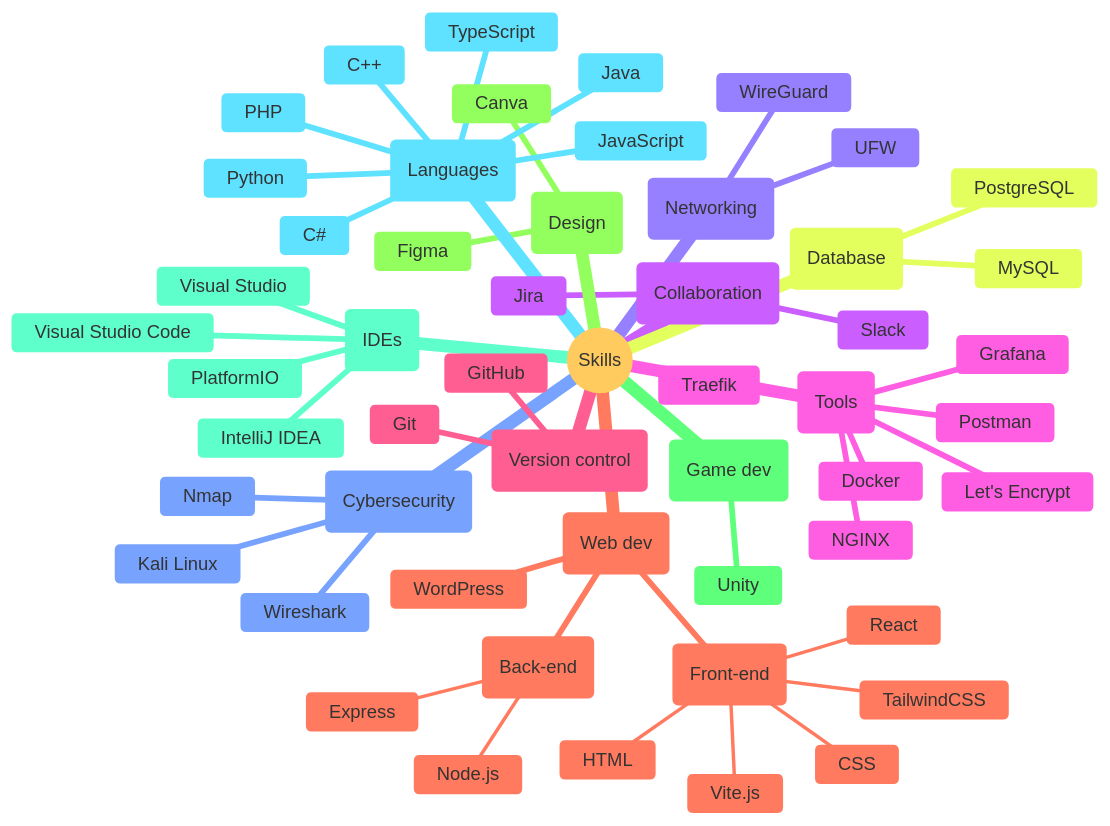
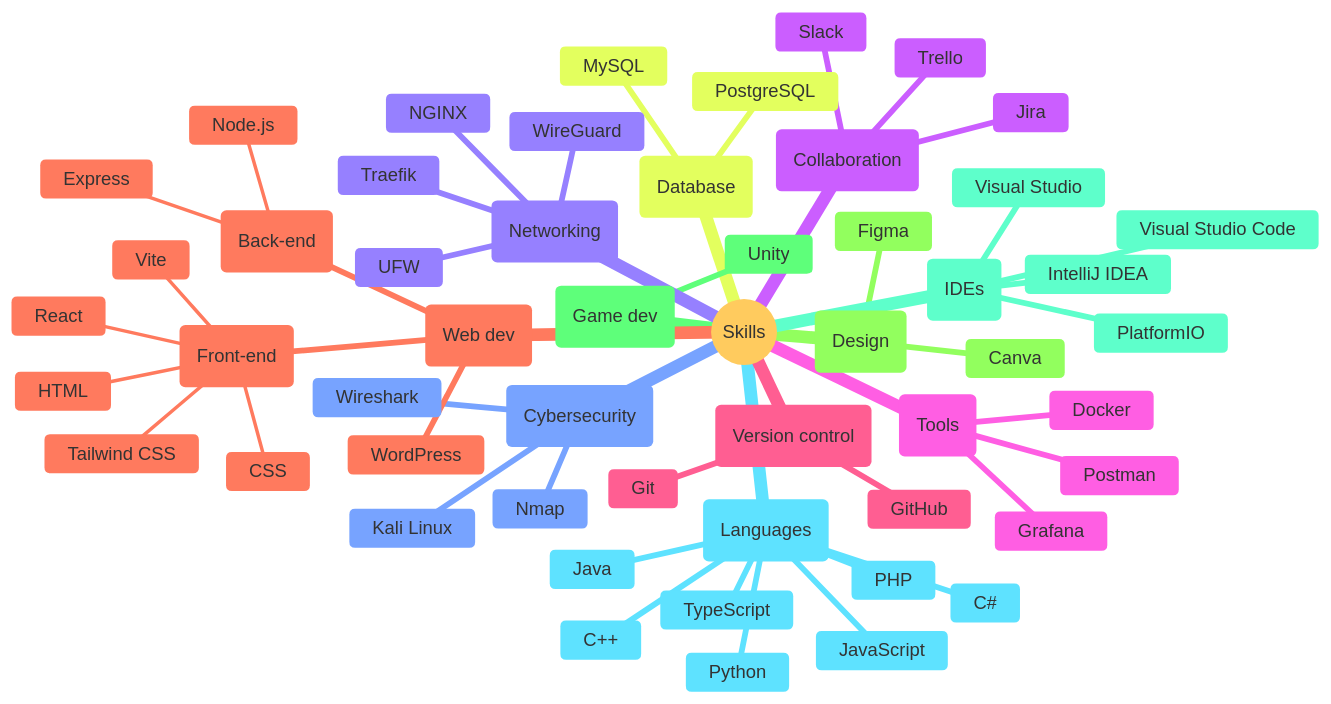
One commit to alexwauquier/alexwauquier changed the diagram in README.md. Above: the diagram before and after it, drawn with Mermaid.

````diff
--- a/README.md
+++ b/README.md
@@ -16,60 +16,60 @@
 ```mermaid
 ---
 config:
   theme: base
 ---
 mindmap
   root((Skills))
     co(Collaboration)
       Jira
       Slack
+      Trello
     cy(Cybersecurity)
       Kali Linux
       Nmap
       Wireshark
     db(Database)
       MySQL
       PostgreSQL
     de(Design)
       Canva
       Figma
     gd(Game dev)
       Unity
     id(IDEs)
       IntelliJ IDEA
       PlatformIO
       Visual Studio
       Visual Studio Code
     la(Languages)
       C++
       C#
       Java
       JavaScript
       PHP
       Python
       TypeScript
     ne(Networking)
+      NGINX
+      Traefik
       UFW
       WireGuard
     to(Tools)
       Docker
       Grafana
-      Let's Encrypt
-      NGINX
       Postman
-      Traefik
     vc(Version control)
       Git
       GitHub
     wd(Web dev)
       WordPress
       be(Back-end)
         Express
         Node.js
       fe(Front-end)
         CSS
         HTML
         React
-        TailwindCSS
-        Vite.js
+        Tailwind CSS
+        Vite
 ```
````
